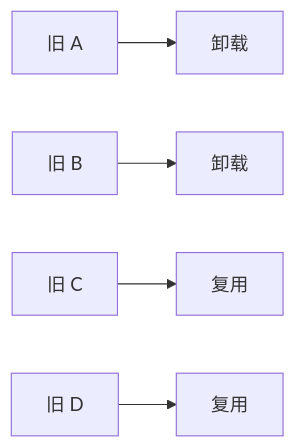
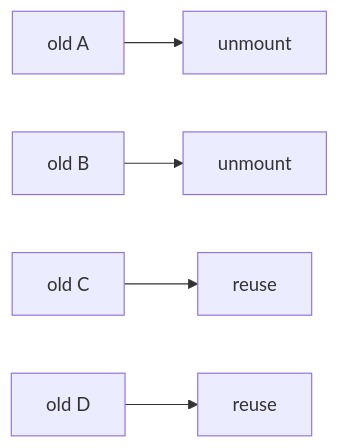
Diagram 12 of 17 in docs/vue/source/runtime-core/diff-algorithm-interview.md (Tajigaqzh/front_basic), drawn with Mermaid before and after one commit. The commit also changed other lines of this file and 11 other files, not shown here.

````diff
--- a/docs/vue/source/runtime-core/diff-algorithm-interview.md
+++ b/docs/vue/source/runtime-core/diff-algorithm-interview.md
@@ -495,7 +495,7 @@
 ```mermaid
 flowchart LR
-  O1[旧 A] --> U1[卸载]
-  O2[旧 B] --> U2[卸载]
-  O3[旧 C] --> P1[复用]
-  O4[旧 D] --> P2[复用]
+  O1["old A"] --> U1["unmount"]
+  O2["old B"] --> U2["unmount"]
+  O3["old C"] --> P1["reuse"]
+  O4["old D"] --> P2["reuse"]
 ```
````
